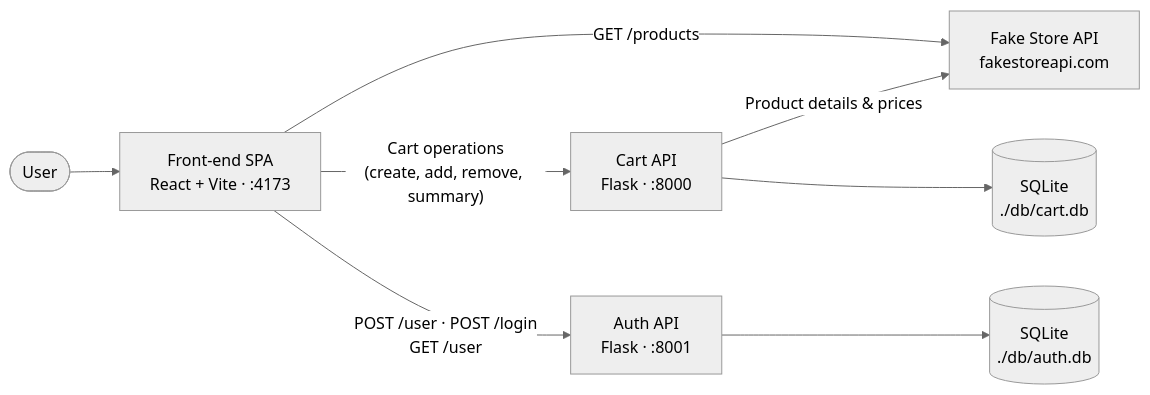
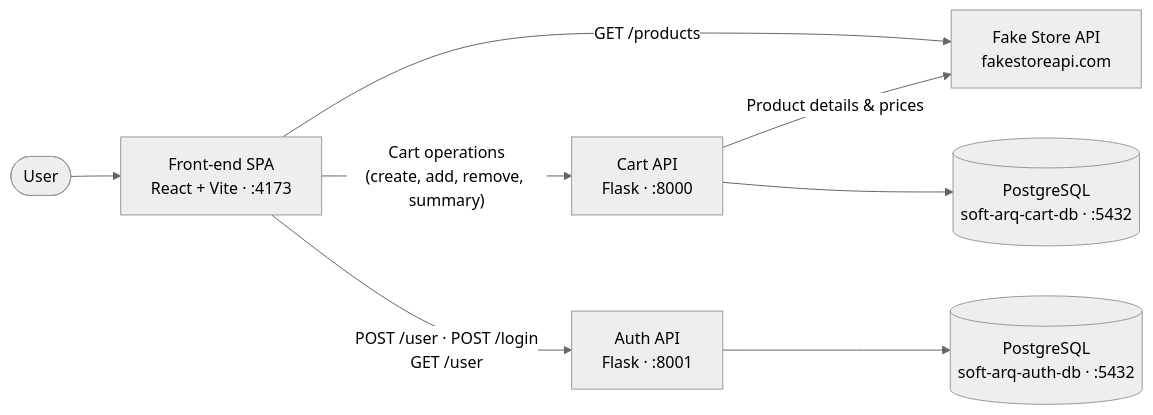
One commit to ommeirelles/puc-arq-software-front changed the diagram in README.md. Above: the diagram before and after it, drawn with Mermaid (neutral theme). The commit also changed other lines of this file and 1 other file, not shown here.

````diff
--- a/README.md
+++ b/README.md
@@ -24,10 +24,10 @@
 ```mermaid
 flowchart LR
     User([User]) --> FE["Front-end SPA<br/>React + Vite · :4173"]
     FE -->|"GET /products"| FSA["Fake Store API<br/>fakestoreapi.com"]
     FE -->|"Cart operations<br/>(create, add, remove, summary)"| BE["Cart API<br/>Flask · :8000"]
     FE -->|"POST /user · POST /login<br/>GET /user"| AUTH["Auth API<br/>Flask · :8001"]
     BE -->|"Product details & prices"| FSA
-    BE --> DB[("SQLite<br/>./db/cart.db")]
-    AUTH --> AUTHDB[("SQLite<br/>./db/auth.db")]
+    BE --> DB[("PostgreSQL<br/>soft-arq-cart-db · :5432")]
+    AUTH --> AUTHDB[("PostgreSQL<br/>soft-arq-auth-db · :5432")]
 ```
````
